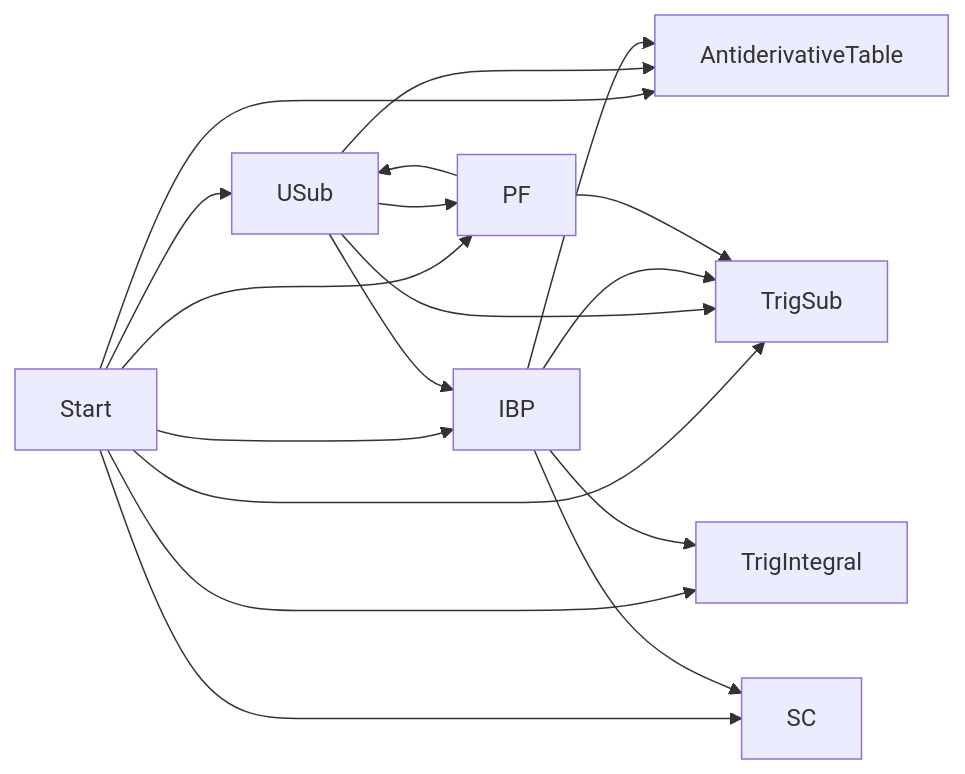
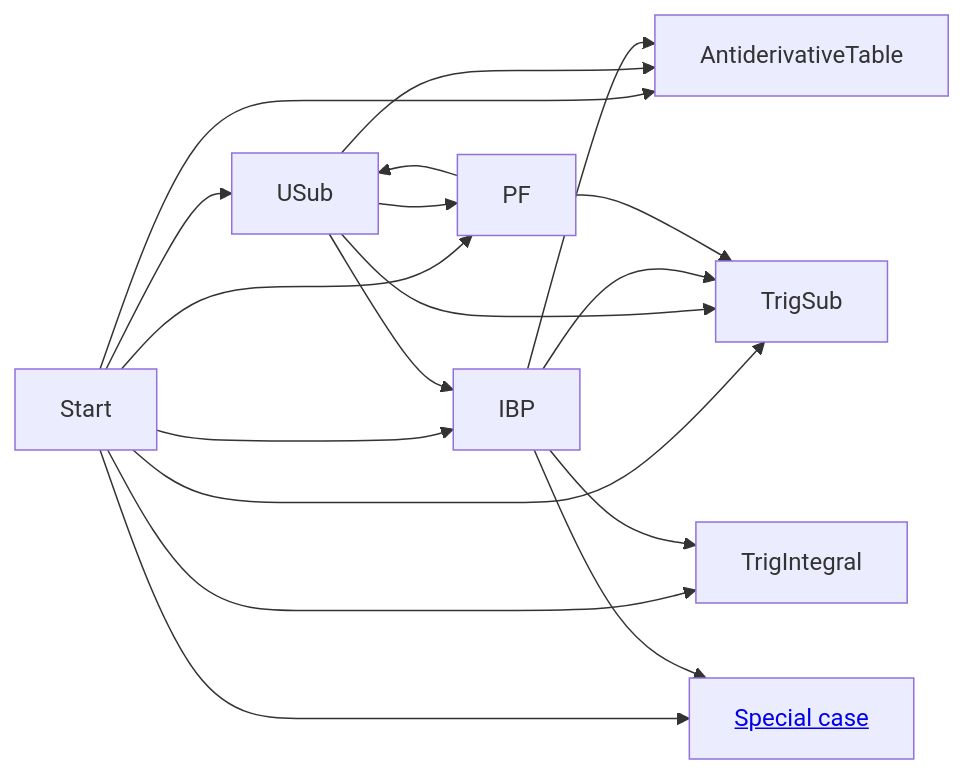
Before and after one commit to junwenwaynepeng/junwenwaynepeng.github.io: the diagram in _posts/2023-11-30-Calculus-2-7-overview.md, drawn with Mermaid.

````diff
--- a/_posts/2023-11-30-Calculus-2-7-overview.md
+++ b/_posts/2023-11-30-Calculus-2-7-overview.md
@@ -44,29 +44,29 @@
 ```mermaid
 %%{init: {"flowchart":{"useMaxWidth": 0}}}%%
 flowchart LR;
   Start;
   AntiderivativeTable;
   USub;
   IBP;
   TrigIntegral;
   TrigSub;
   PF;
-  SC;
+  SC[<a href='#'>Special case</a>];
   Start-->AntiderivativeTable;
   Start-->USub;
   Start-->IBP;
   Start-->TrigIntegral;
   Start-->TrigSub;
   Start-->PF;
   Start-->SC;
   USub-->AntiderivativeTable;
   USub-->IBP;
   USub-->TrigSub;
   USub-->PF;
   IBP-->AntiderivativeTable;
   IBP-->TrigIntegral;
   IBP-->TrigSub;
   IBP-->SC;
   PF-->USub;
   PF-->TrigSub;
 ```
````
